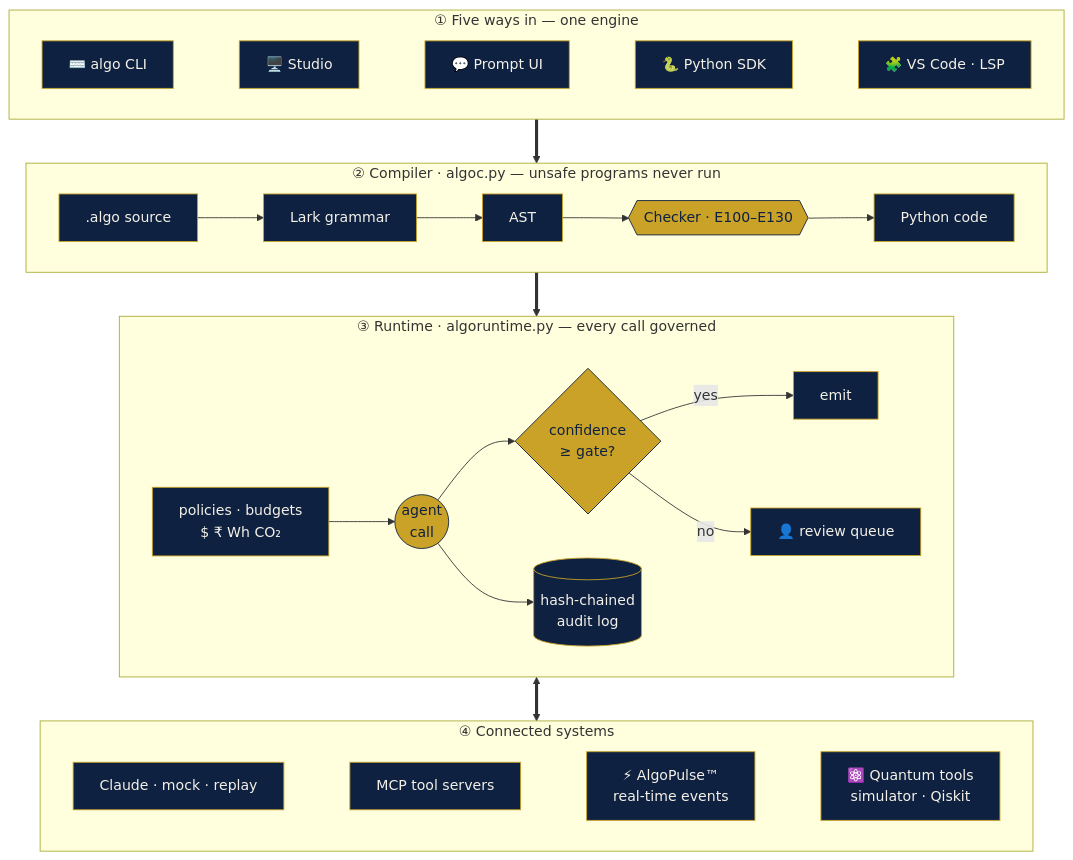
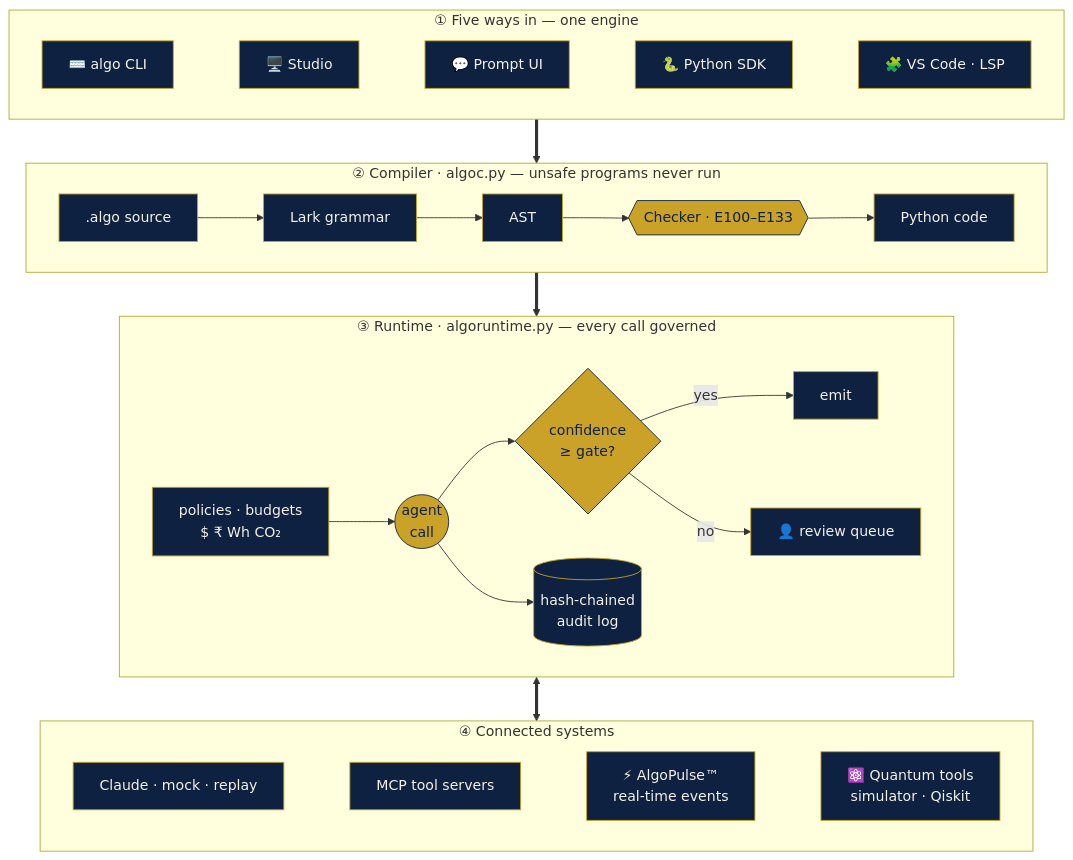
Before and after one commit to drssnaiml1-cell/algolang: the first of 4 diagrams in README.md, drawn with Mermaid.

Commit message:
README: compiler diagram lists E100-E133
Claude-Session: https://claude.ai/code/session_01NKQJ5M4ovagQsvnU7QbNo4

````diff
--- a/README.md
+++ b/README.md
@@ -66,28 +66,28 @@
 ```mermaid
 flowchart TB
     subgraph DOORS["① Five ways in — one engine"]
         direction LR
         CLI["⌨️ algo CLI"] ~~~ STU["🖥️ Studio"] ~~~ PUI["💬 Prompt UI"] ~~~ SDK["🐍 Python SDK"] ~~~ LSP["🧩 VS Code · LSP"]
     end
     subgraph COMPILER["② Compiler · algoc.py — unsafe programs never run"]
         direction LR
-        SRC[".algo source"] --> PARSE["Lark grammar"] --> AST["AST"] --> CHK{{"Checker · E100–E130"}} --> GEN["Python code"]
+        SRC[".algo source"] --> PARSE["Lark grammar"] --> AST["AST"] --> CHK{{"Checker · E100–E133"}} --> GEN["Python code"]
     end
     subgraph RUNTIME["③ Runtime · algoruntime.py — every call governed"]
         direction LR
         POL["policies · budgets<br/>$ ₹ Wh CO₂"] --> CALL(("agent<br/>call")) --> GATE{"confidence<br/>≥ gate?"}
         GATE -- yes --> OUT["emit"]
         GATE -- no --> HUM["👤 review queue"]
         CALL --> AUD[("hash-chained<br/>audit log")]
     end
     subgraph WORLD["④ Connected systems"]
         direction LR
         LLM["Claude · mock · replay"] ~~~ MCP["MCP tool servers"] ~~~ KAF["⚡ AlgoPulse™<br/>real-time events"] ~~~ QPU["⚛️ Quantum tools<br/>simulator · Qiskit"]
     end
     DOORS ==> COMPILER ==> RUNTIME <==> WORLD
 
     classDef navy fill:#0e2140,stroke:#c9a227,color:#f4f1e8;
     classDef gold fill:#c9a227,stroke:#0e2140,color:#0e2140;
     class CLI,STU,PUI,SDK,LSP,SRC,PARSE,AST,GEN,POL,OUT,LLM,MCP,KAF,QPU,HUM,AUD navy;
     class CHK,CALL,GATE gold;
 ```
````
